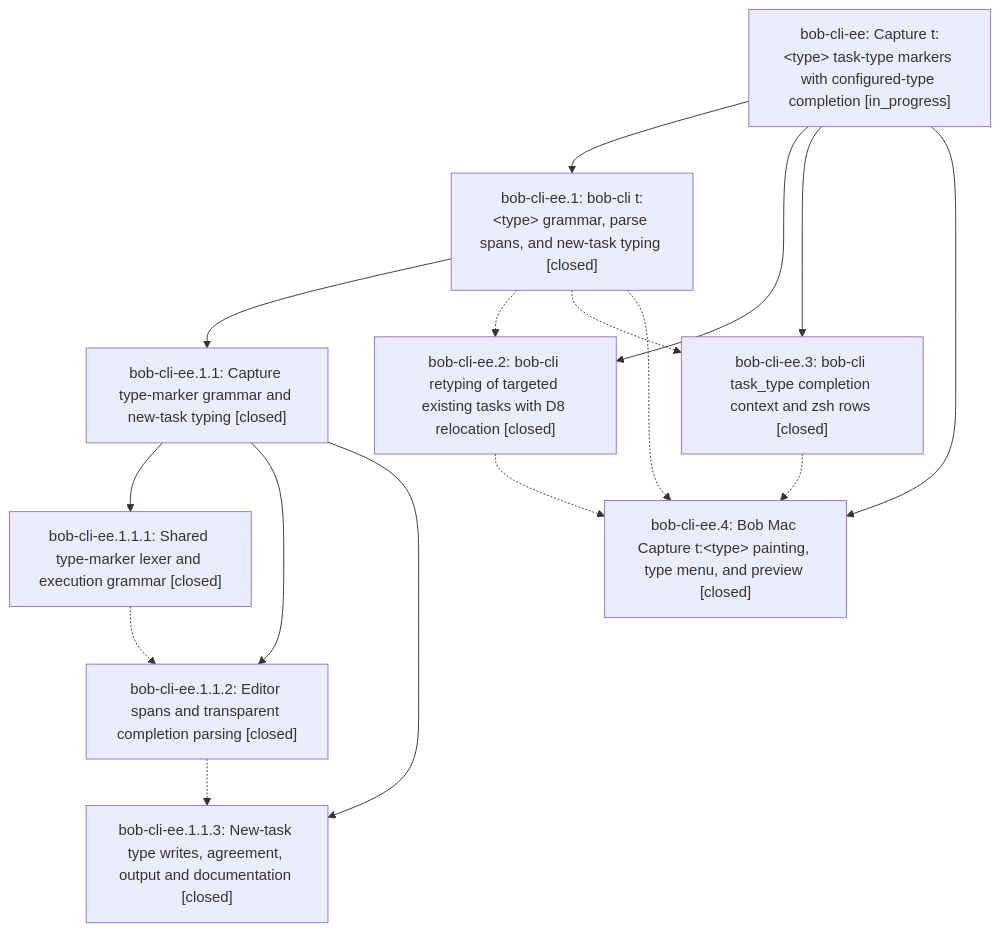
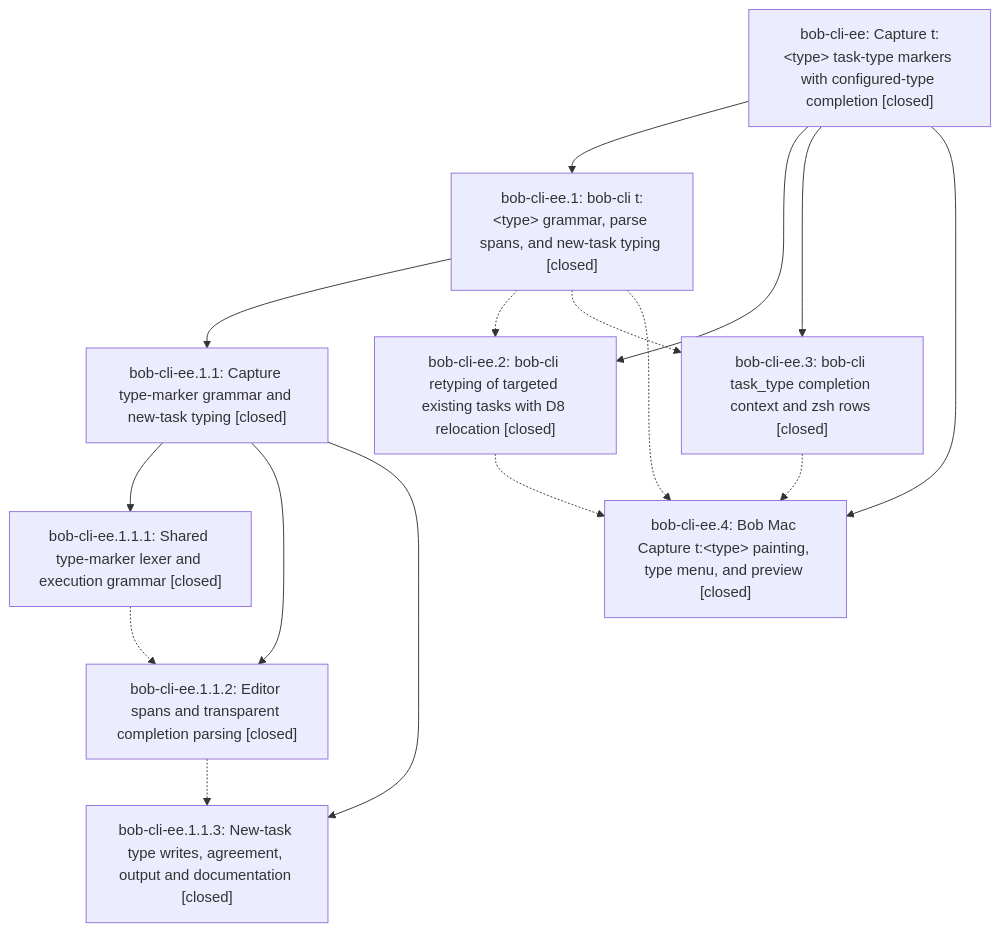
Before and after one commit to bobs-org/bob-cli--beads: the diagram in pages/bob-cli-ee/README.md, drawn with Mermaid. The commit also changed other lines of this file, not shown here.

First line of the commit message:
chore(beads): sync bead state and pages for bob-cli-ee

````diff
--- a/pages/bob-cli-ee/README.md
+++ b/pages/bob-cli-ee/README.md
@@ -39,27 +58,27 @@
 ```mermaid
 flowchart TD
-    n0["bob-cli-ee: Capture t:&lt;type&gt; task-type markers with configured-type completion [in_progress]"]
+    n0["bob-cli-ee: Capture t:&lt;type&gt; task-type markers with configured-type completion [closed]"]
     n1["bob-cli-ee.1: bob-cli t:&lt;type&gt; grammar, parse spans, and new-task typing [closed]"]
     n2["bob-cli-ee.1.1: Capture type-marker grammar and new-task typing [closed]"]
     n3["bob-cli-ee.1.1.1: Shared type-marker lexer and execution grammar [closed]"]
     n4["bob-cli-ee.1.1.2: Editor spans and transparent completion parsing [closed]"]
     n5["bob-cli-ee.1.1.3: New-task type writes, agreement, output and documentation [closed]"]
     n6["bob-cli-ee.2: bob-cli retyping of targeted existing tasks with D8 relocation [closed]"]
     n7["bob-cli-ee.3: bob-cli task_type completion context and zsh rows [closed]"]
     n8["bob-cli-ee.4: Bob Mac Capture t:&lt;type&gt; painting, type menu, and preview [closed]"]
     n0 --> n1
     n1 --> n2
     n2 --> n3
     n2 --> n4
     n2 --> n5
     n0 --> n6
     n0 --> n7
     n0 --> n8
     n1 -.-> n6
     n1 -.-> n7
     n1 -.-> n8
     n3 -.-> n4
     n4 -.-> n5
     n6 -.-> n8
     n7 -.-> n8
 ```
````
